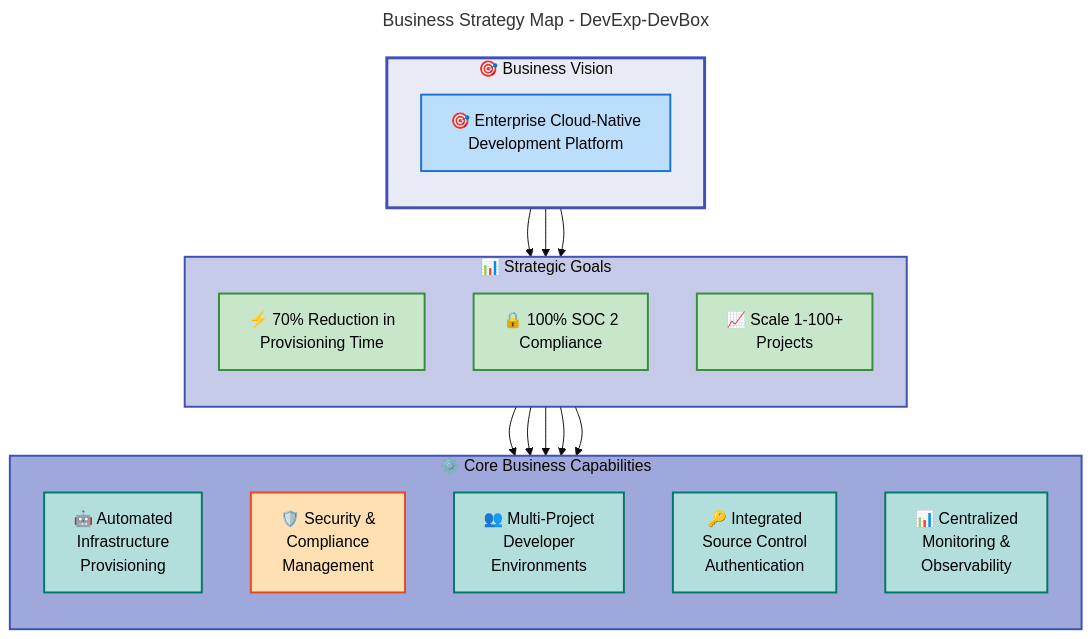
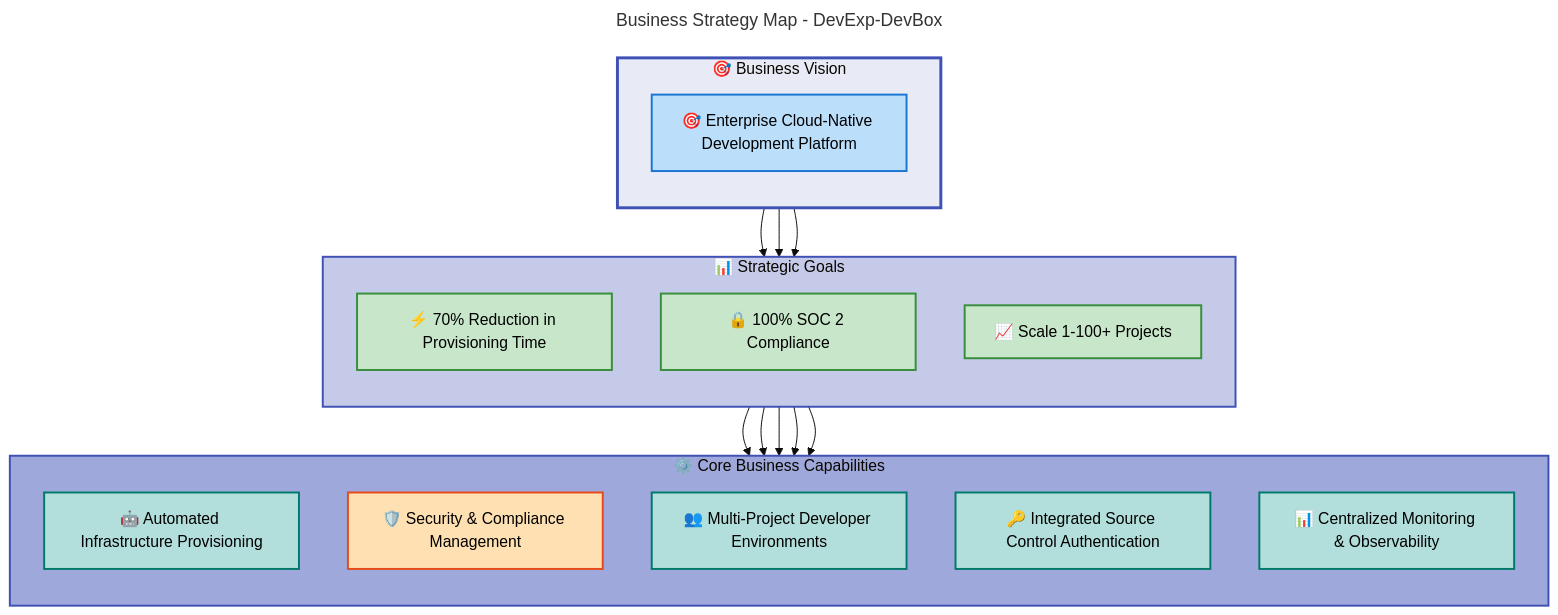
Before and after one commit to Evilazaro/DevExp-DevBox: the first of 5 diagrams in docs/Business-Architecture-BDAT.md, drawn with Mermaid. The commit also changed other lines of this file, not shown here.

Commit message:
Refine Business Architecture Document flowcharts with updated color schemes and improved accessibility for enhanced clarity and visual consistency

````diff
--- a/docs/Business-Architecture-BDAT.md
+++ b/docs/Business-Architecture-BDAT.md
@@ -102,54 +102,61 @@
 ```mermaid
 ---
 title: Business Strategy Map - DevExp-DevBox
 config:
   theme: base
   flowchart:
     htmlLabels: false
 ---
 flowchart TD
     accTitle: Business Strategy Map showing strategic objectives and enabling capabilities
     accDescr: Hierarchical view of business vision, strategic goals, and operational capabilities for DevExp-DevBox platform
 
-    %% Color scheme - Material Design compliant
+    %% STANDARD COLOR SCHEME v2.1 - Material Design 3
+    %% Hierarchical Colors (Structural Nesting)
     classDef level1Group fill:#E8EAF6,stroke:#3F51B5,stroke-width:3px,color:#000
     classDef level2Group fill:#C5CAE9,stroke:#3F51B5,stroke-width:2px,color:#000
+    classDef level3Group fill:#9FA8DA,stroke:#3F51B5,stroke-width:2px,color:#000
+
+    %% Semantic Colors (Functional Content - 100-level shades)
     classDef mdBlue fill:#BBDEFB,stroke:#1976D2,stroke-width:2px,color:#000
     classDef mdGreen fill:#C8E6C9,stroke:#388E3C,stroke-width:2px,color:#000
     classDef mdOrange fill:#FFE0B2,stroke:#E64A19,stroke-width:2px,color:#000
     classDef mdTeal fill:#B2DFDB,stroke:#00796B,stroke-width:2px,color:#000
+    classDef mdYellow fill:#FFF9C4,stroke:#F57F17,stroke-width:2px,color:#000
 
     subgraph vision["🎯 Business Vision"]
         direction TB
-        v1["🎯 Enterprise Cloud-Native<br/>Development Platform"]:::mdBlue
+        v1["🎯 Enterprise Cloud-Native Development Platform"]:::mdBlue
     end
 
     subgraph goals["📊 Strategic Goals"]
         direction TB
-        g1["⚡ 70% Reduction in<br/>Provisioning Time"]:::mdGreen
-        g2["🔒 100% SOC 2<br/>Compliance"]:::mdGreen
-        g3["📈 Scale 1-100+<br/>Projects"]:::mdGreen
+        g1["⚡ 70% Reduction in Provisioning Time"]:::mdGreen
+        g2["🔒 100% SOC 2 Compliance"]:::mdGreen
+        g3["📈 Scale 1-100+ Projects"]:::mdGreen
     end
 
     subgraph capabilities["⚙️ Core Business Capabilities"]
         direction TB
-        c1["🤖 Automated<br/>Infrastructure<br/>Provisioning"]:::mdTeal
-        c2["🛡️ Security &<br/>Compliance<br/>Management"]:::mdOrange
-        c3["👥 Multi-Project<br/>Developer<br/>Environments"]:::mdTeal
-        c4["🔑 Integrated<br/>Source Control<br/>Authentication"]:::mdTeal
-        c5["📊 Centralized<br/>Monitoring &<br/>Observability"]:::mdTeal
+        c1["🤖 Automated Infrastructure Provisioning"]:::mdTeal
+        c2["🛡️ Security & Compliance Management"]:::mdOrange
+        c3["👥 Multi-Project Developer Environments"]:::mdTeal
+        c4["🔑 Integrated Source Control Authentication"]:::mdTeal
+        c5["📊 Centralized Monitoring & Observability"]:::mdTeal
     end
 
     v1 --> g1
     v1 --> g2
     v1 --> g3
     g1 --> c1
     g2 --> c2
     g3 --> c3
     g1 --> c4
     g2 --> c5
 
     style vision fill:#E8EAF6,stroke:#3F51B5,stroke-width:3px
     style goals fill:#C5CAE9,stroke:#3F51B5,stroke-width:2px
     style capabilities fill:#9FA8DA,stroke:#3F51B5,stroke-width:2px
+
+    %% Accessibility: WCAG AA verified (4.5:1 contrast ratio)
 ```
````
